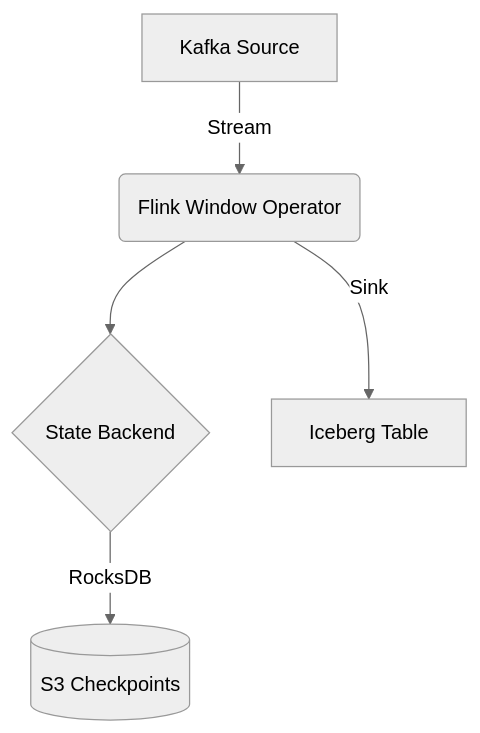
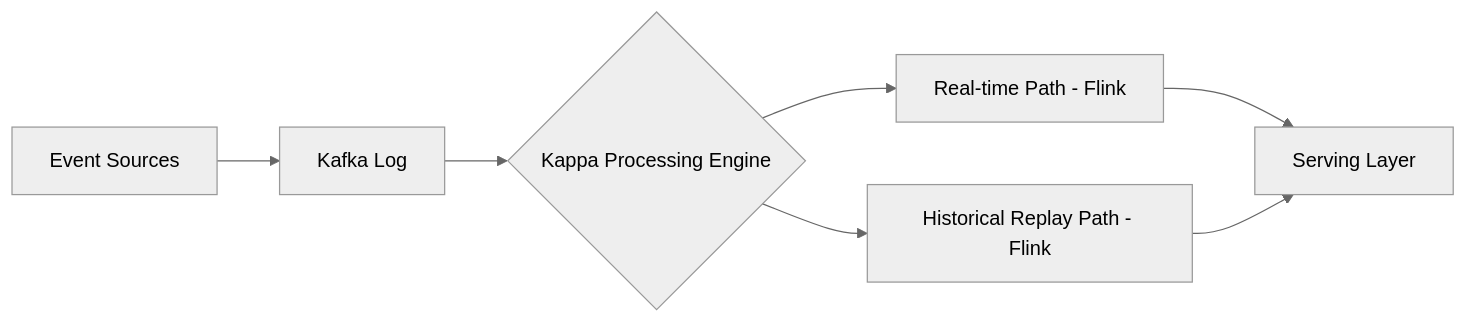
Before and after one commit to j4flmao/agent-skills: the diagram in skills/data/data-distributed-compute/references/architecture_patterns.md, drawn with Mermaid (neutral theme). The commit also changed other lines of this file and 85 other files, not shown here.

````diff
--- a/skills/data/data-distributed-compute/references/architecture_patterns.md
+++ b/skills/data/data-distributed-compute/references/architecture_patterns.md
@@ -51,7 +31,9 @@
 ```mermaid
-graph TD
-    A[Kafka Source] -->|Stream| B(Flink Window Operator)
-    B --> C{State Backend}
-    C -->|RocksDB| D[(S3 Checkpoints)]
-    B -->|Sink| E[Iceberg Table]
+graph LR
+    A[Event Sources] --> B[Kafka Log]
+    B --> C{Kappa Processing Engine}
+    C --> D[Real-time Path - Flink]
+    C --> E[Historical Replay Path - Flink]
+    D --> F[Serving Layer]
+    E --> F
 ```
````
